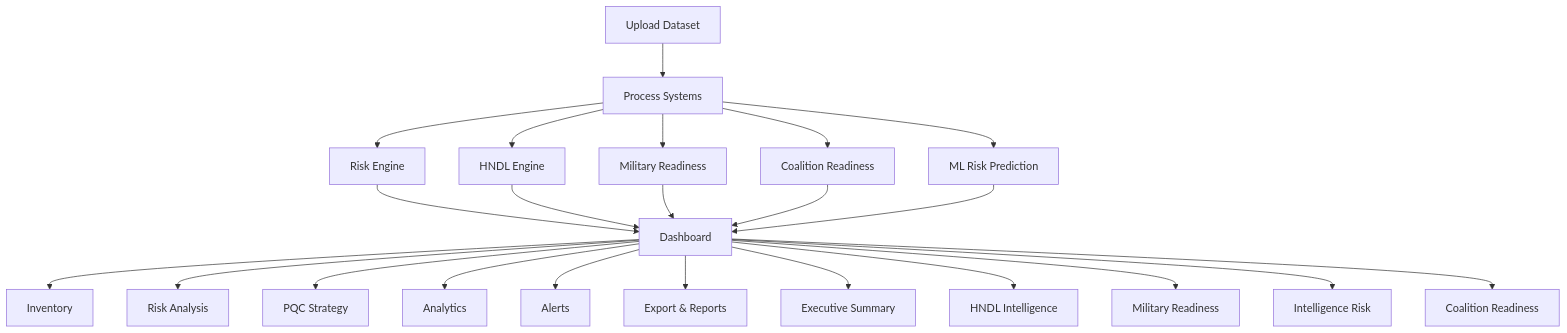
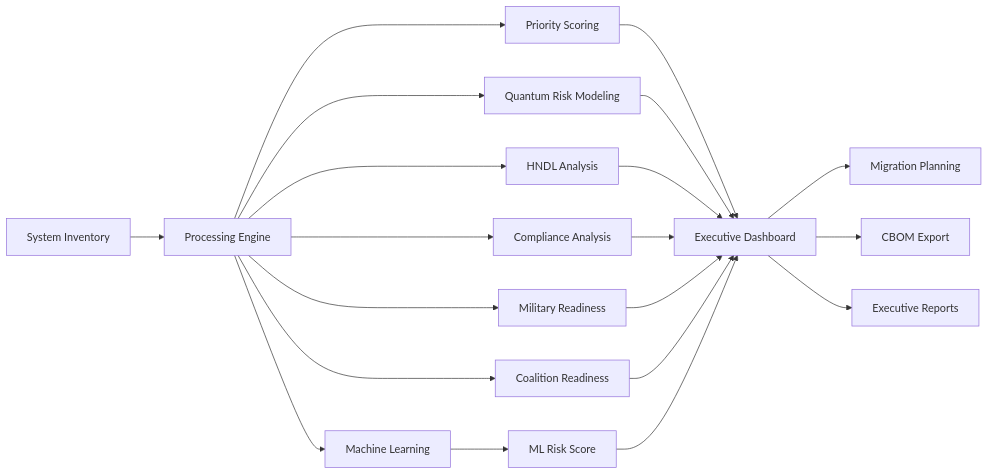
Before and after one commit to Cybergod11/pqc-crypto-inventory: the diagram in README.md, drawn with Mermaid. The commit also changed other lines of this file, not shown here.

Commit message:
Update README with new features and architecture

````diff
--- a/README.md
+++ b/README.md
@@ -187,29 +187,27 @@
 ```mermaid
-flowchart TD
+flowchart LR
 
-    A[Upload Dataset] --> B[Process Systems]
+A[System Inventory] --> B[Processing Engine]
 
-    B --> C[Risk Engine]
-    B --> D[HNDL Engine]
-    B --> E[Military Readiness]
-    B --> F[Coalition Readiness]
-    B --> G[ML Risk Prediction]
+B --> C[Priority Scoring]
+B --> D[Quantum Risk Modeling]
+B --> E[HNDL Analysis]
+B --> F[Compliance Analysis]
+B --> G[Military Readiness]
+B --> H[Coalition Readiness]
+B --> I[Machine Learning]
 
-    C --> H[Dashboard]
-    D --> H
-    E --> H
-    F --> H
-    G --> H
+I --> J[ML Risk Score]
 
-    H --> T1[Inventory]
-    H --> T2[Risk Analysis]
-    H --> T3[PQC Strategy]
-    H --> T4[Analytics]
-    H --> T5[Alerts]
-    H --> T6[Export & Reports]
-    H --> T7[Executive Summary]
-    H --> T8[HNDL Intelligence]
-    H --> T9[Military Readiness]
-    H --> T10[Intelligence Risk]
-    H --> T11[Coalition Readiness]
+C --> K[Executive Dashboard]
+D --> K
+E --> K
+F --> K
+G --> K
+H --> K
+J --> K
+
+K --> L[Migration Planning]
+K --> M[CBOM Export]
+K --> N[Executive Reports]
 ```
````
